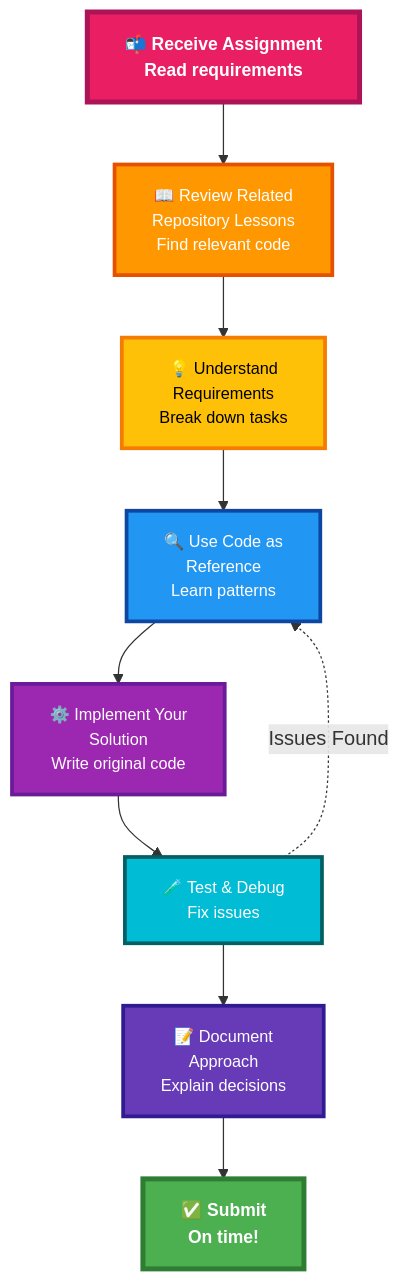
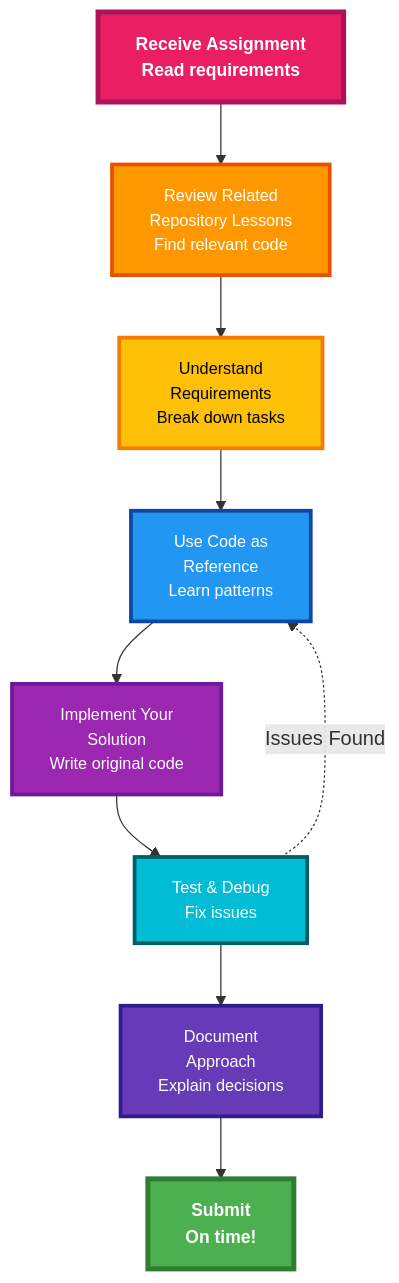
Before and after one commit to nexageapps/AI: the seventh of 7 diagrams in MAI_STUDENT_GUIDE.md, drawn with Mermaid. The commit also changed other lines of this file, not shown here.

````diff
--- a/MAI_STUDENT_GUIDE.md
+++ b/MAI_STUDENT_GUIDE.md
@@ -576,30 +576,30 @@
 ```mermaid
 graph TD
-    Receive["📬 Receive Assignment<br/>Read requirements"]:::start
-    Review["📖 Review Related<br/>Repository Lessons<br/>Find relevant code"]:::review
-    Understand["💡 Understand<br/>Requirements<br/>Break down tasks"]:::understand
-    Reference["🔍 Use Code as<br/>Reference<br/>Learn patterns"]:::reference
-    Implement["⚙️ Implement Your<br/>Solution<br/>Write original code"]:::implement
-    Test["🧪 Test & Debug<br/>Fix issues"]:::test
-    Document["📝 Document<br/>Approach<br/>Explain decisions"]:::document
-    Submit["✅ Submit<br/>On time!"]:::submit
+    Receive["Receive Assignment<br/>Read requirements"]:::start
+    Review["Review Related<br/>Repository Lessons<br/>Find relevant code"]:::review
+    Understand["Understand<br/>Requirements<br/>Break down tasks"]:::understand
+    Reference["Use Code as<br/>Reference<br/>Learn patterns"]:::reference
+    Implement["Implement Your<br/>Solution<br/>Write original code"]:::implement
+    Test["Test & Debug<br/>Fix issues"]:::test
+    Document["Document<br/>Approach<br/>Explain decisions"]:::document
+    Submit["Submit<br/>On time!"]:::submit
     
     Receive --> Review
     Review --> Understand
     Understand --> Reference
     Reference --> Implement
     Implement --> Test
     Test --> Document
     Document --> Submit
     
     Test -.->|"Issues Found"| Reference
     
     classDef start fill:#E91E63,stroke:#AD1457,stroke-width:4px,color:#fff,font-size:14px,font-weight:bold
     classDef review fill:#FF9800,stroke:#E65100,stroke-width:3px,color:#fff,font-size:13px
     classDef understand fill:#FFC107,stroke:#F57C00,stroke-width:3px,color:#000,font-size:13px
     classDef reference fill:#2196F3,stroke:#0D47A1,stroke-width:3px,color:#fff,font-size:13px
     classDef implement fill:#9C27B0,stroke:#6A1B9A,stroke-width:3px,color:#fff,font-size:13px
     classDef test fill:#00BCD4,stroke:#006064,stroke-width:3px,color:#fff,font-size:13px
     classDef document fill:#673AB7,stroke:#311B92,stroke-width:3px,color:#fff,font-size:13px
     classDef submit fill:#4CAF50,stroke:#2E7D32,stroke-width:4px,color:#fff,font-size:14px,font-weight:bold
 ```
````
